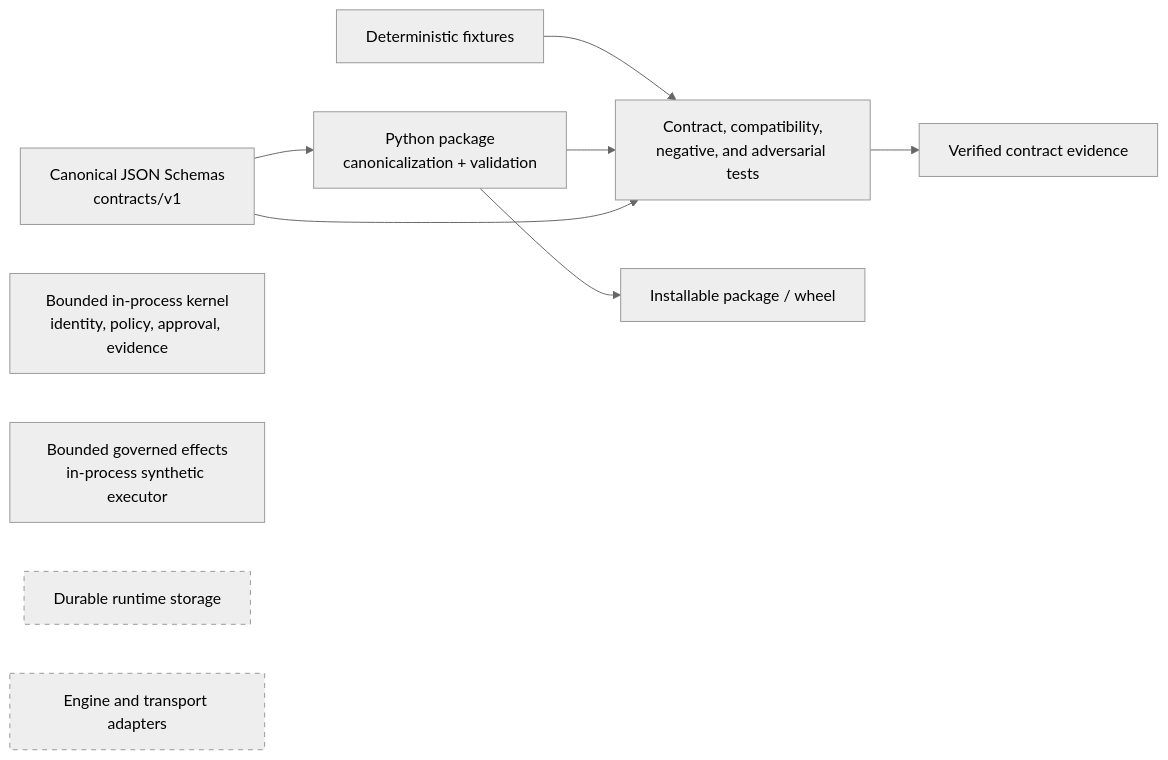
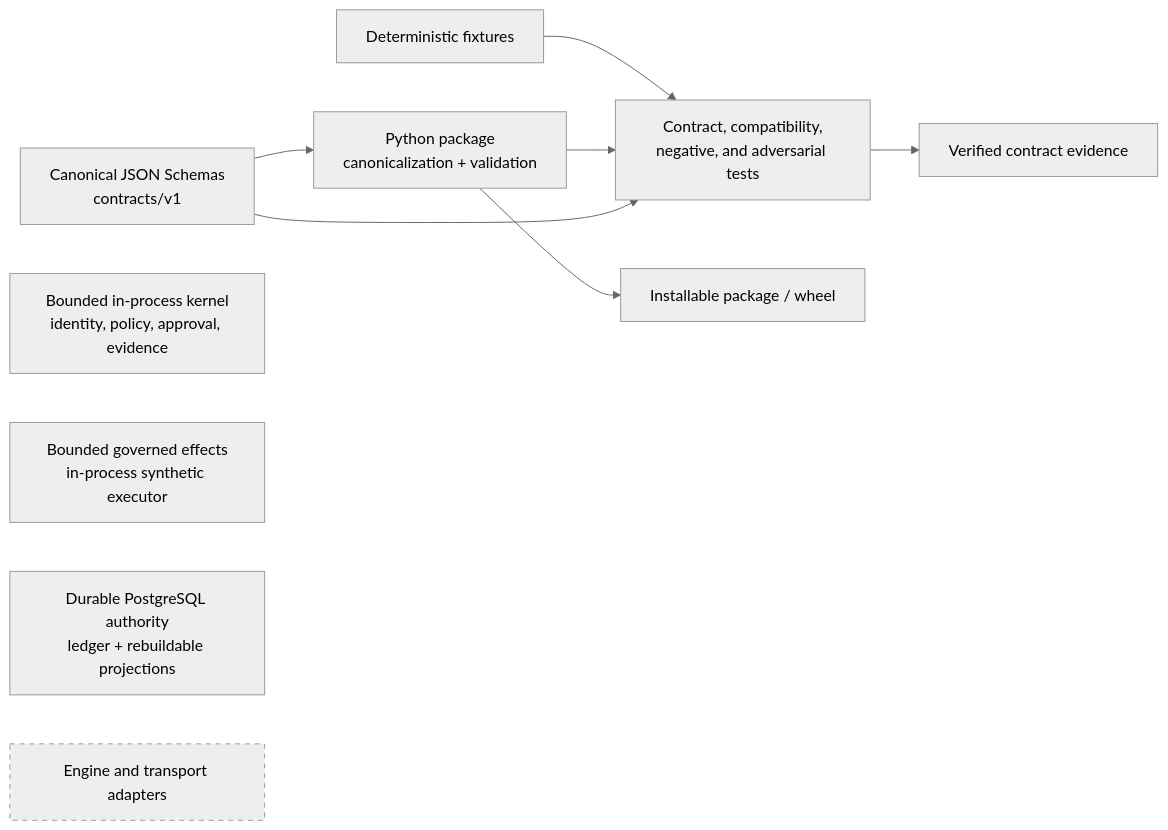
One commit to lamenting-hawthorn/governed-agent-harness changed the first of 7 diagrams in docs/ARCHITECTURE.md. Above: the diagram before and after it, drawn with Mermaid (neutral theme). The commit also changed other lines of this file and 20 other files, not shown here.

````diff
--- a/docs/ARCHITECTURE.md
+++ b/docs/ARCHITECTURE.md
@@ -29,16 +29,16 @@
 ```mermaid
 flowchart LR
   Schemas["Canonical JSON Schemas\ncontracts/v1"] --> Package["Python package\ncanonicalization + validation"]
   Fixtures["Deterministic fixtures"] --> Tests["Contract, compatibility,\nnegative, and adversarial tests"]
   Package --> Tests
   Schemas --> Tests
   Package --> Wheel["Installable package / wheel"]
   Tests --> Evidence["Verified contract evidence"]
 
   Runtime["Bounded in-process kernel\nidentity, policy, approval, evidence"]
   Effects["Bounded governed effects\nin-process synthetic executor"]
-  Storage["Durable runtime storage"]:::planned
+  Storage["Durable PostgreSQL authority\nledger + rebuildable projections"]
   Adapters["Engine and transport adapters"]:::planned
 
   classDef planned stroke-dasharray: 5 5
 ```
````
